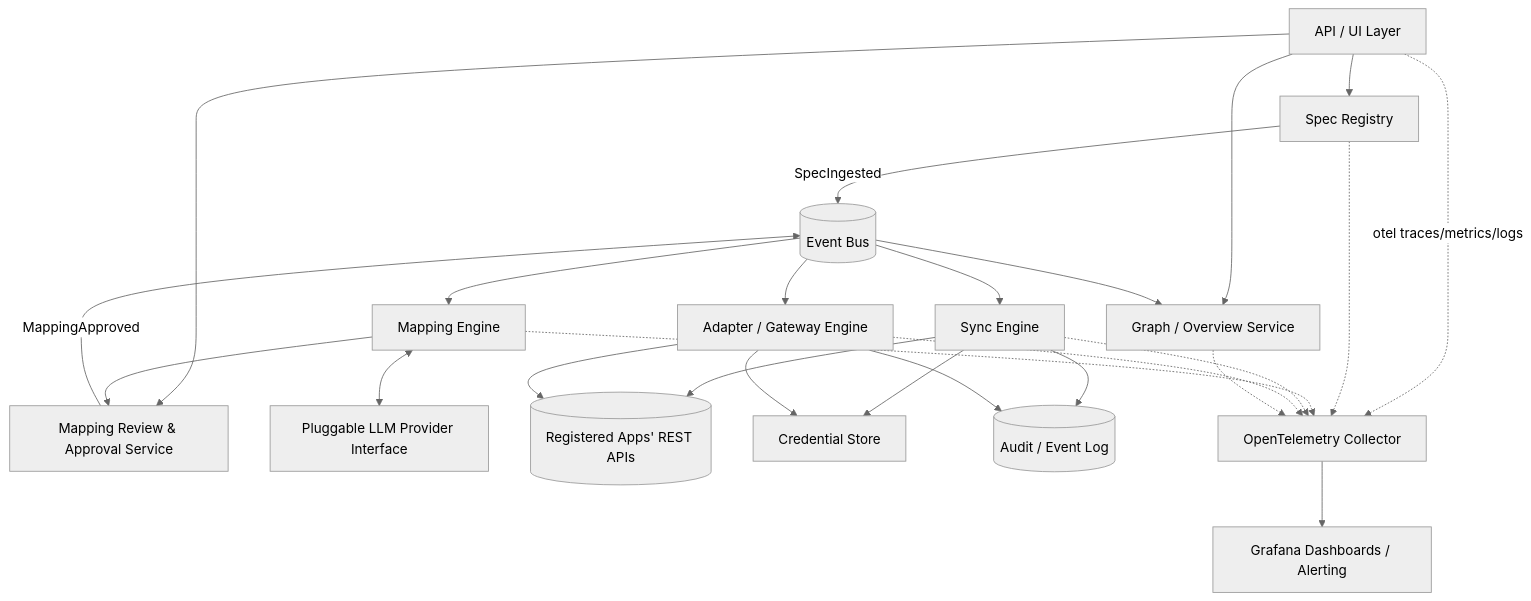
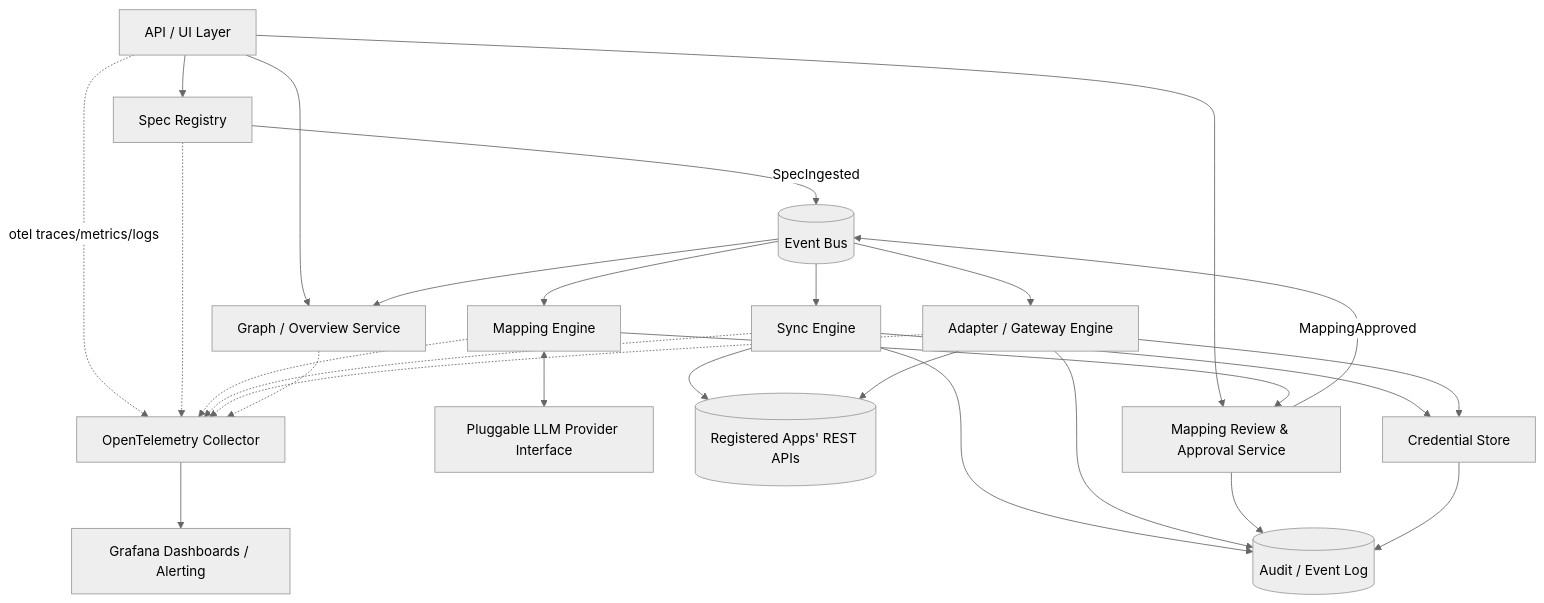
One commit to geprog/api-mediator changed the diagram in docs/architecture/overview.md. Above: the diagram before and after it, drawn with Mermaid (neutral theme). The commit also changed 13 other files, not shown here.

````diff
--- a/docs/architecture/overview.md
+++ b/docs/architecture/overview.md
@@ -35,28 +35,29 @@
 ```mermaid
 flowchart TB
     UI[API / UI Layer] --> Registry[Spec Registry]
     UI --> Approval[Mapping Review & Approval Service]
     UI --> Graph[Graph / Overview Service]
 
     Registry -- SpecIngested --> Bus[(Event Bus)]
     Bus --> MappingEngine[Mapping Engine] <--> LLM[Pluggable LLM Provider Interface]
     MappingEngine --> Approval
 
     Approval -- MappingApproved --> Bus
     Bus --> SyncEngine[Sync Engine]
     Bus --> AdapterEngine[Adapter / Gateway Engine]
     Bus --> Graph
 
     SyncEngine --> ExternalApps[(Registered Apps' REST APIs)]
     AdapterEngine --> ExternalApps
     SyncEngine & AdapterEngine --> Creds[Credential Store]
     SyncEngine & AdapterEngine --> AuditLog[(Audit / Event Log)]
+    Approval & Creds --> AuditLog
 
     UI -.otel traces/metrics/logs.-> Otel[OpenTelemetry Collector]
     Registry -.-> Otel
     MappingEngine -.-> Otel
     SyncEngine -.-> Otel
     AdapterEngine -.-> Otel
     Graph -.-> Otel
     Otel --> Grafana[Grafana Dashboards / Alerting]
 ```
````
